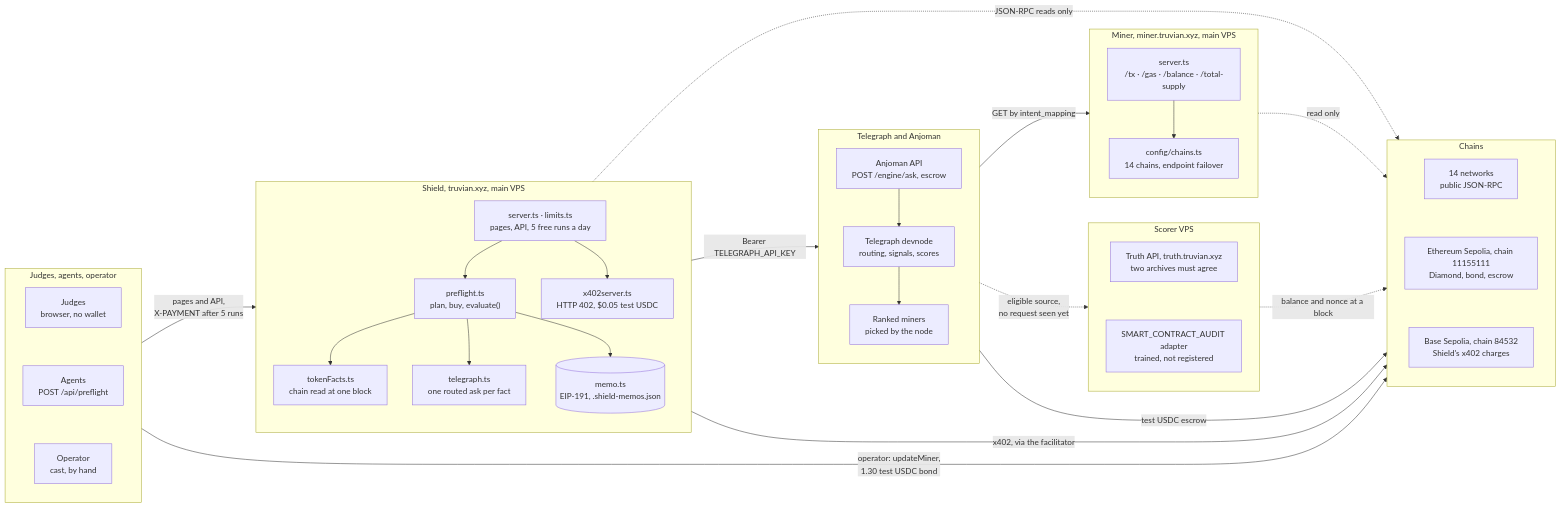
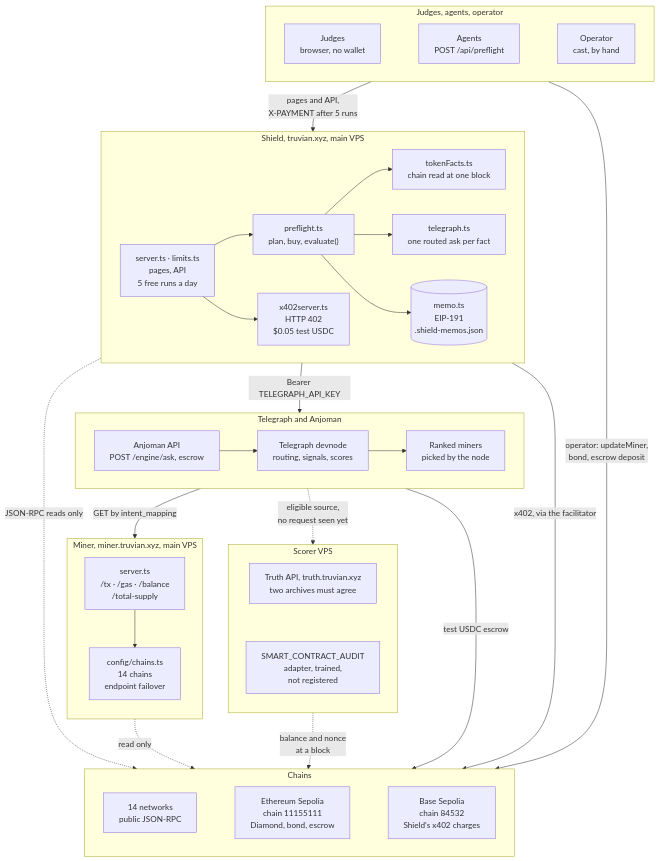
One commit to mrnetwork0001/Truvian changed the first of 7 diagrams in README.md. Above: the diagram before and after it, drawn with Mermaid. The commit also changed other lines of this file, not shown here.

````diff
--- a/README.md
+++ b/README.md
@@ -60,63 +105,63 @@
 ```mermaid
-flowchart LR
+flowchart TB
   subgraph People["Judges, agents, operator"]
-    direction TB
+    direction LR
     JUDGE["Judges<br/>browser, no wallet"]
     AGENT["Agents<br/>POST /api/preflight"]
     OPER["Operator<br/>cast, by hand"]
     JUDGE ~~~ AGENT ~~~ OPER
   end
 
   subgraph Shield["Shield, truvian.xyz, main VPS"]
-    direction TB
-    API["server.ts · limits.ts<br/>pages, API, 5 free runs a day"]
+    direction LR
+    API["server.ts · limits.ts<br/>pages, API<br/>5 free runs a day"]
     PRE["preflight.ts<br/>plan, buy, evaluate()"]
-    X402["x402server.ts<br/>HTTP 402, $0.05 test USDC"]
+    X402["x402server.ts<br/>HTTP 402<br/>$0.05 test USDC"]
     FACTS["tokenFacts.ts<br/>chain read at one block"]
     TG["telegraph.ts<br/>one routed ask per fact"]
-    MEMO[("memo.ts<br/>EIP-191, .shield-memos.json")]
+    MEMO[("memo.ts<br/>EIP-191<br/>.shield-memos.json")]
     API --> PRE & X402
     PRE --> FACTS & TG & MEMO
   end
 
   subgraph Telegraph["Telegraph and Anjoman"]
-    direction TB
+    direction LR
     ANJ["Anjoman API<br/>POST /engine/ask, escrow"]
     NODE["Telegraph devnode<br/>routing, signals, scores"]
     RANKED["Ranked miners<br/>picked by the node"]
     ANJ --> NODE --> RANKED
   end
 
   subgraph Miner["Miner, miner.truvian.xyz, main VPS"]
     direction TB
-    ROUTES["server.ts<br/>/tx · /gas · /balance · /total-supply"]
-    REG["config/chains.ts<br/>14 chains, endpoint failover"]
+    ROUTES["server.ts<br/>/tx · /gas · /balance<br/>/total-supply"]
+    REG["config/chains.ts<br/>14 chains<br/>endpoint failover"]
     ROUTES --> REG
   end
 
   subgraph Scorer["Scorer VPS"]
     direction TB
     TRUTH["Truth API, truth.truvian.xyz<br/>two archives must agree"]
-    ADAPT["SMART_CONTRACT_AUDIT adapter<br/>trained, not registered"]
+    ADAPT["SMART_CONTRACT_AUDIT<br/>adapter, trained,<br/>not registered"]
     TRUTH ~~~ ADAPT
   end
 
   subgraph Chains["Chains"]
-    direction TB
+    direction LR
     MAIN["14 networks<br/>public JSON-RPC"]
-    SEP["Ethereum Sepolia, chain 11155111<br/>Diamond, bond, escrow"]
-    BSEP["Base Sepolia, chain 84532<br/>Shield's x402 charges"]
+    SEP["Ethereum Sepolia<br/>chain 11155111<br/>Diamond, bond, escrow"]
+    BSEP["Base Sepolia<br/>chain 84532<br/>Shield's x402 charges"]
     MAIN ~~~ SEP ~~~ BSEP
   end
 
   People -- "pages and API,<br/>X-PAYMENT after 5 runs" --> Shield
   Shield -- "Bearer TELEGRAPH_API_KEY" --> Telegraph
   Telegraph -- "GET by intent_mapping" --> Miner
   Telegraph -. "eligible source,<br/>no request seen yet" .-> Scorer
   Shield -. "JSON-RPC reads only" .-> Chains
   Miner -. "read only" .-> Chains
-  Scorer -. "balance and nonce at a block" .-> Chains
+  Scorer -. "balance and nonce<br/>at a block" .-> Chains
   Telegraph -- "test USDC escrow" --> Chains
   Shield -- "x402, via the facilitator" --> Chains
-  People -- "operator: updateMiner,<br/>1.30 test USDC bond" --> Chains
+  People -- "operator: updateMiner,<br/>bond, escrow deposit" --> Chains
 ```
````
